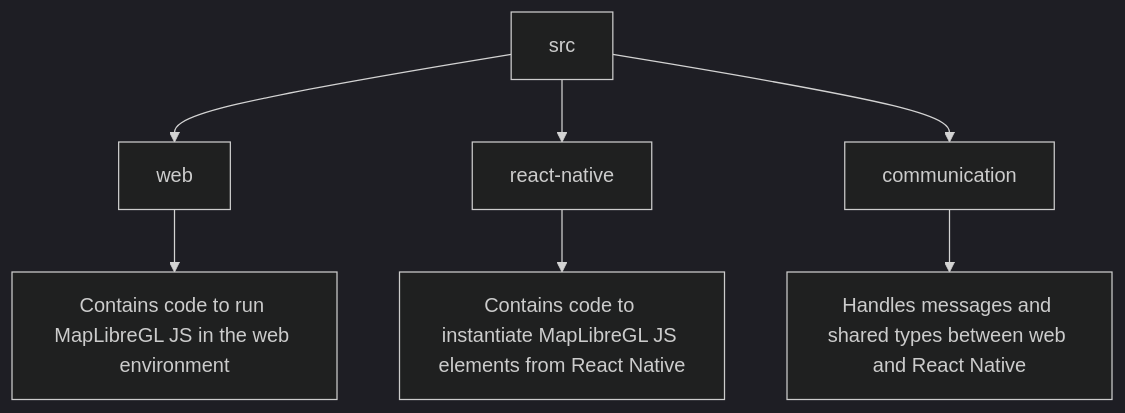
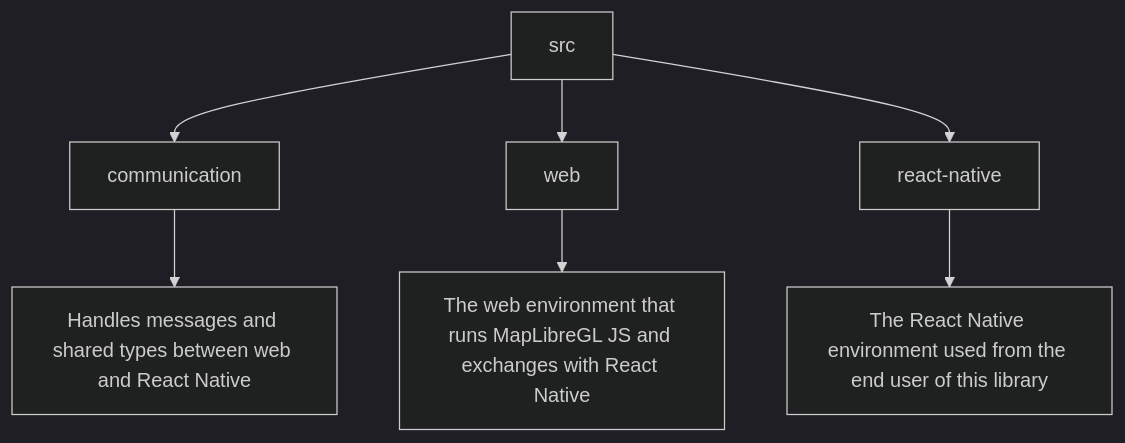
One commit to emilienaufauvre/react-native-maplibre-gl-js changed the diagram in README.md. Above: the diagram before and after it, drawn with Mermaid (dark theme). The commit also changed other lines of this file, not shown here.

Commit message:
docs: add MapLibre link to README

````diff
--- a/README.md
+++ b/README.md
@@ -111,10 +111,10 @@
 ```mermaid
 graph TD
-A[src] --> B[web]
-A[src] --> C[react-native]
-A[src] --> D[communication]
+A[src] --> B[communication]
+A[src] --> C[web]
+A[src] --> D[react-native]
 
-    B --> B1[Contains code to run MapLibreGL JS in the web environment]
-    C --> C1[Contains code to instantiate MapLibreGL JS elements from React Native]
-    D --> D1[Handles messages and shared types between web and React Native]
+    B --> B1[Handles messages and shared types between web and React Native]
+    C --> C1[The web environment that runs MapLibreGL JS and exchanges with React Native]
+    D --> D1[The React Native environment used from the end user of this library]
 ```
````
